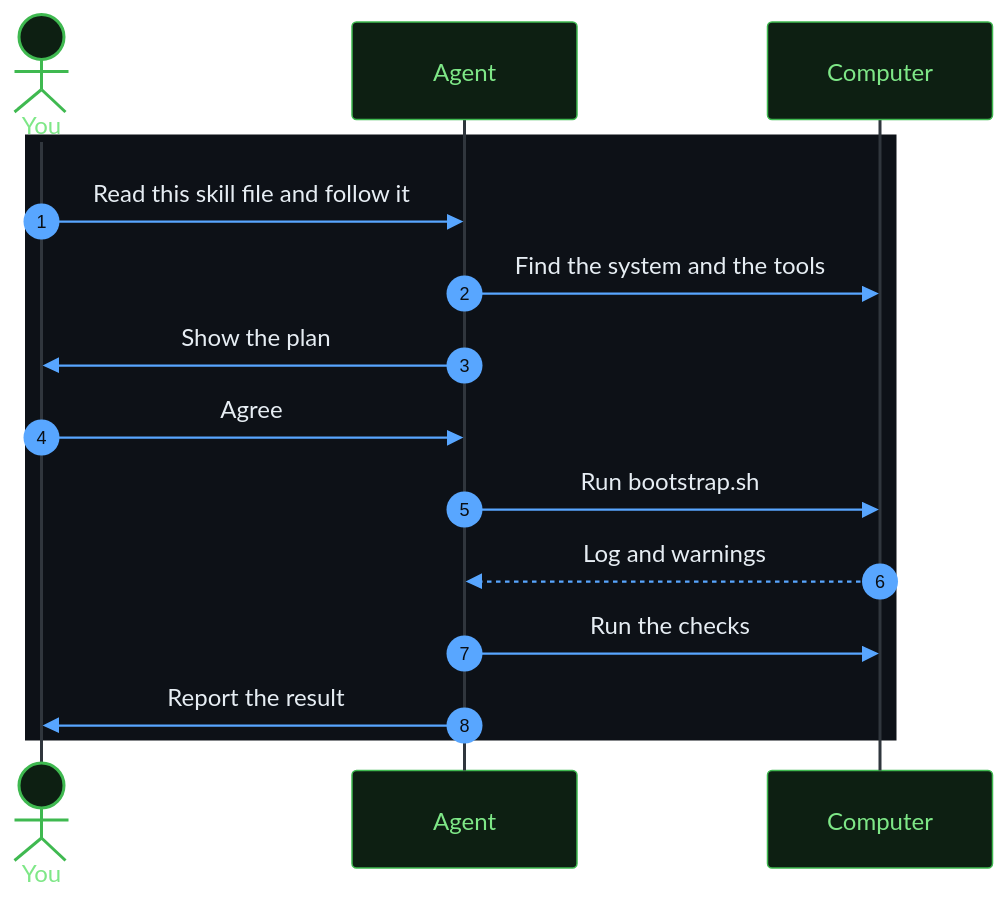
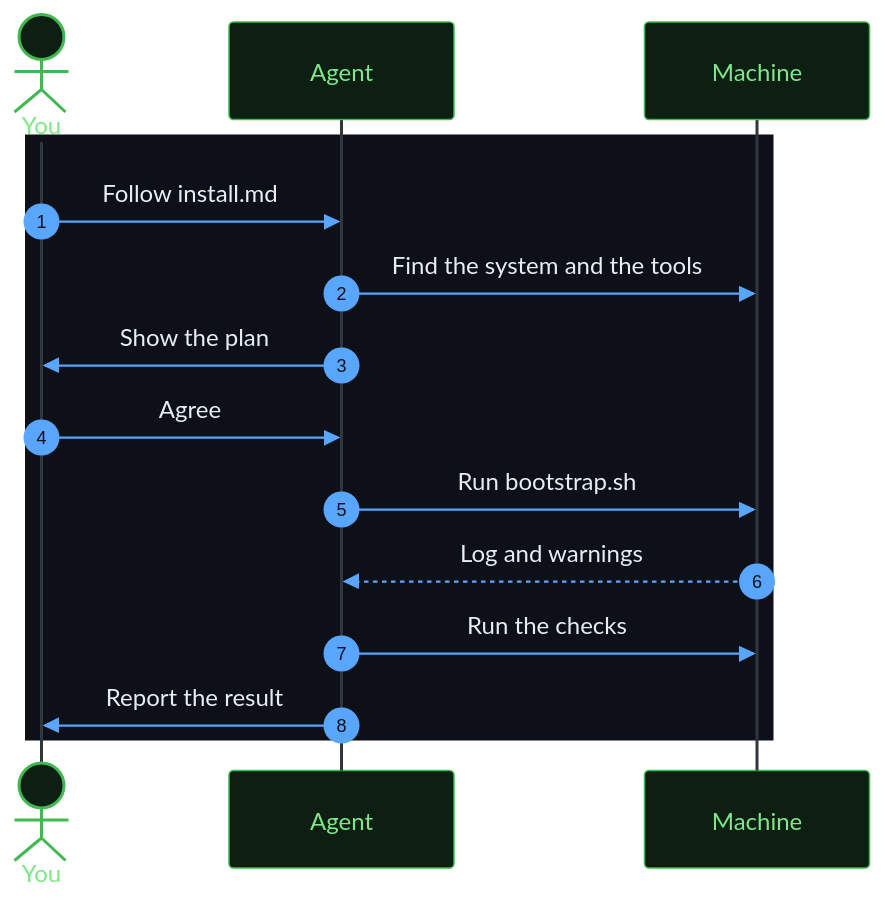
Before and after one commit to MussaCharles/herdspace: the diagram in docs/agent-setup.md, drawn with Mermaid. The commit also changed other lines of this file and 18 other files, not shown here.

First line of the commit message:
Prepare v0.1.0: machine names, split quick start, install.md for agents

````diff
--- a/docs/agent-setup.md
+++ b/docs/agent-setup.md
@@ -5,25 +5,25 @@
 ```mermaid
 %%{init: {'theme': 'base', 'themeVariables': {
   'fontFamily': 'Menlo, Consolas, Courier New, monospace', 'fontSize': '14px',
   'primaryColor': '#0d1117', 'primaryTextColor': '#e6edf3', 'primaryBorderColor': '#3fb950',
   'textColor': '#e6edf3', 'lineColor': '#58a6ff', 'secondaryColor': '#161b22', 'tertiaryColor': '#0d1117',
   'edgeLabelBackground': '#0b0f14', 'clusterBkg': '#0b0f14', 'clusterBorder': '#30363d', 'titleColor': '#d2a8ff',
   'actorBkg': '#0d1f12', 'actorBorder': '#3fb950', 'actorTextColor': '#7ee787', 'actorLineColor': '#30363d',
   'signalColor': '#58a6ff', 'signalTextColor': '#e6edf3', 'sequenceNumberColor': '#0b0f14'
 }, 'flowchart': {'curve': 'basis', 'nodeSpacing': 34, 'rankSpacing': 42, 'wrappingWidth': 340}}}%%
 sequenceDiagram
   autonumber
   actor You
   participant Agent
-  participant Computer
+  participant Machine
   rect rgb(13, 17, 23)
-    You->>Agent: Read this skill file and follow it
-    Agent->>Computer: Find the system and the tools
+    You->>Agent: Follow install.md
+    Agent->>Machine: Find the system and the tools
     Agent->>You: Show the plan
     You->>Agent: Agree
-    Agent->>Computer: Run bootstrap.sh
-    Computer-->>Agent: Log and warnings
-    Agent->>Computer: Run the checks
+    Agent->>Machine: Run bootstrap.sh
+    Machine-->>Agent: Log and warnings
+    Agent->>Machine: Run the checks
     Agent->>You: Report the result
   end
 ```
````
